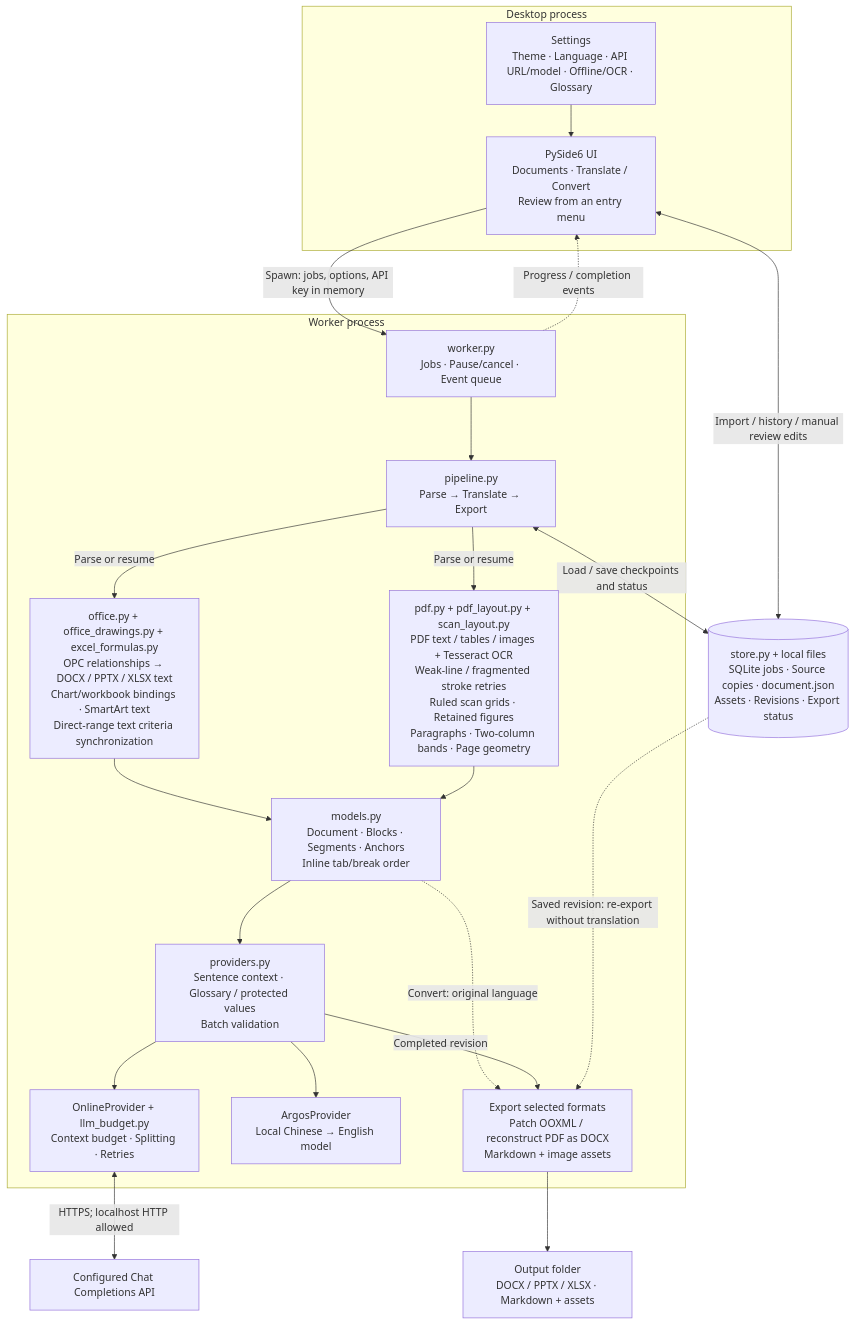
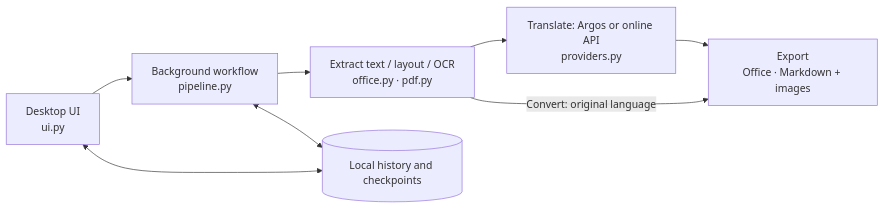
The diagram in README.md (ThuongHong/DocBridge), drawn with Mermaid before and after one commit.

Commit message:
docs: simplify architecture diagram

````diff
--- a/README.md
+++ b/README.md
@@ -22,43 +22,17 @@
 ```mermaid
-flowchart TB
-    subgraph desktop["Desktop process"]
-        UI["PySide6 UI<br/>Documents · Translate / Convert<br/>Review from an entry menu"]
-        Settings["Settings<br/>Theme · Language · API URL/model · Offline/OCR · Glossary"]
-        Settings --> UI
-    end
+flowchart LR
+    UI["Desktop UI<br/>ui.py"]
+    Pipeline["Background workflow<br/>pipeline.py"]
+    Parse["Extract text / layout / OCR<br/>office.py · pdf.py"]
+    Translate["Translate: Argos or online API<br/>providers.py"]
+    Export["Export<br/>Office · Markdown + images"]
+    Store[("Local history and checkpoints")]
 
-    subgraph background["Worker process"]
-        Worker["worker.py<br/>Jobs · Pause/cancel · Event queue"]
-        Pipeline["pipeline.py<br/>Parse → Translate → Export"]
-        Office["office.py + office_drawings.py + excel_formulas.py<br/>OPC relationships → DOCX / PPTX / XLSX text<br/>Chart/workbook bindings · SmartArt text<br/>Direct-range text criteria synchronization"]
-        PDF["pdf.py + pdf_layout.py + scan_layout.py<br/>PDF text / tables / images + Tesseract OCR<br/>Weak-line / fragmented stroke retries<br/>Ruled scan grids · Retained figures<br/>Paragraphs · Two-column bands · Page geometry"]
-        Document["models.py<br/>Document · Blocks · Segments · Anchors<br/>Inline tab/break order"]
-        Translate["providers.py<br/>Sentence context · Glossary / protected values<br/>Batch validation"]
-        Online["OnlineProvider + llm_budget.py<br/>Context budget · Splitting · Retries"]
-        Argos["ArgosProvider<br/>Local Chinese → English model"]
-        Export["Export selected formats<br/>Patch OOXML / reconstruct PDF as DOCX<br/>Markdown + image assets"]
-
-        Worker --> Pipeline
-        Pipeline -->|Parse or resume| Office
-        Pipeline -->|Parse or resume| PDF
-        Office --> Document
-        PDF --> Document
-        Document --> Translate
-        Document -.->|Convert: original language| Export
-        Translate --> Online
-        Translate --> Argos
-        Translate -->|Completed revision| Export
-    end
-
-    Store[("store.py + local files<br/>SQLite jobs · Source copies · document.json<br/>Assets · Revisions · Export status")]
-    Endpoint["Configured Chat Completions API"]
-    Files["Output folder<br/>DOCX / PPTX / XLSX · Markdown + assets"]
-
-    UI -->|Spawn: jobs, options, API key in memory| Worker
-    Worker -.->|Progress / completion events| UI
-    UI <-->|Import / history / manual review edits| Store
-    Pipeline <-->|Load / save checkpoints and status| Store
-    Store -.->|Saved revision: re-export without translation| Export
-    Online <-->|HTTPS; localhost HTTP allowed| Endpoint
-    Export --> Files
+    UI --> Pipeline
+    Pipeline --> Parse
+    Parse --> Translate
+    Translate --> Export
+    Parse -->|Convert: original language| Export
+    UI <--> Store
+    Pipeline <--> Store
 ```
````
